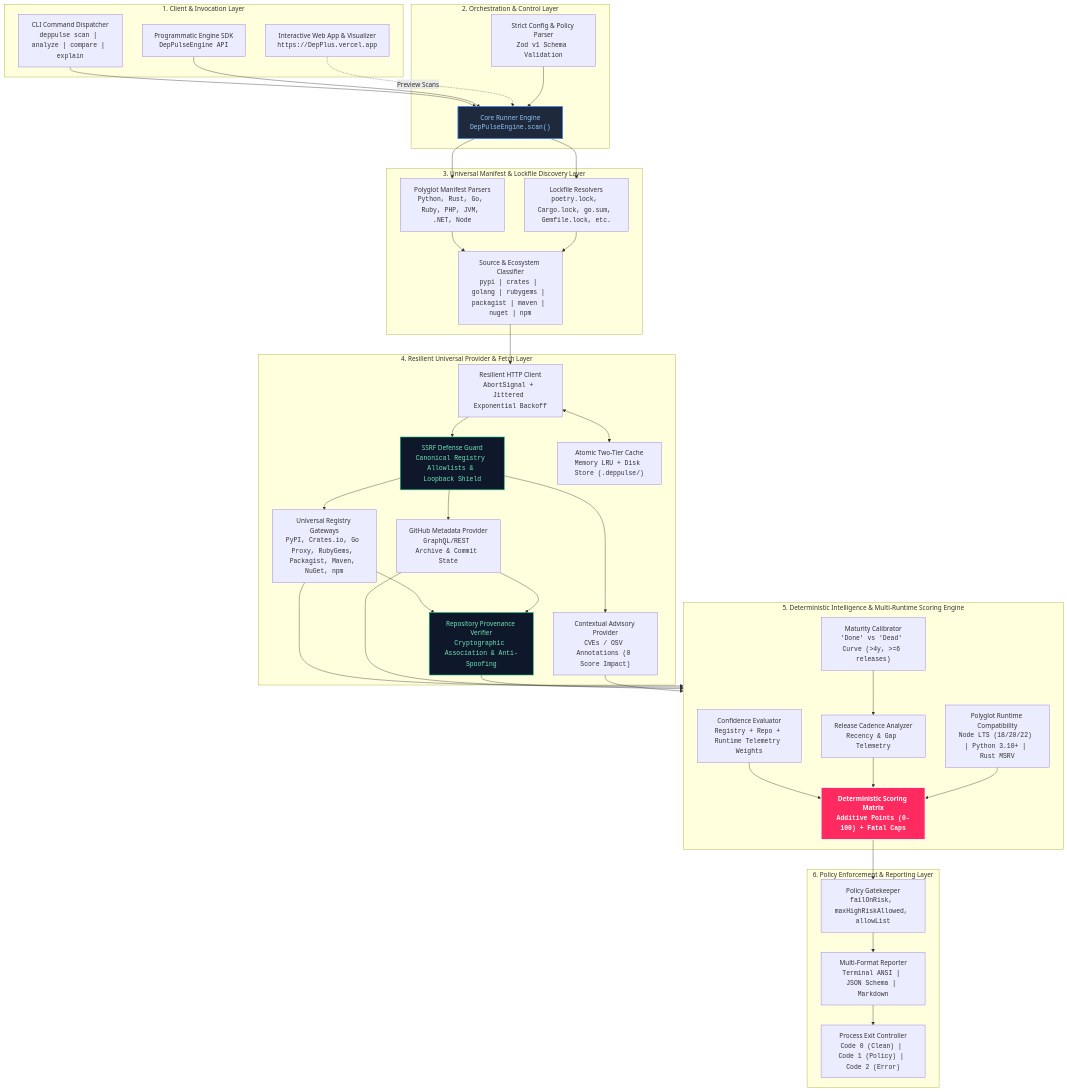
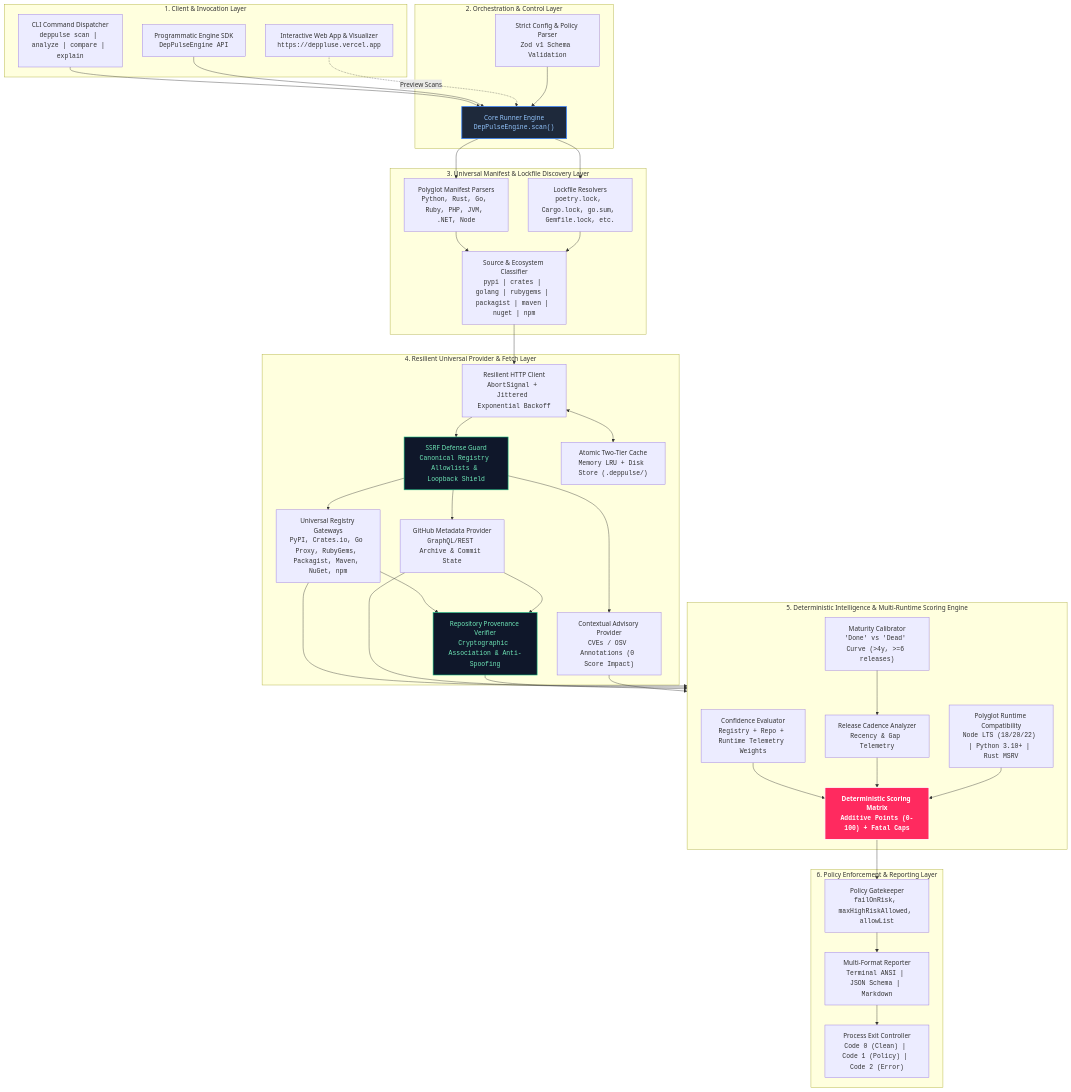
One commit to arnnnnaaavvvvv/DepPluse changed the first of 5 diagrams in README.md. Above: the diagram before and after it, drawn with Mermaid. The commit also changed other lines of this file and 1 other file, not shown here.

Commit message:
docs: update all production Vercel links to https://deppluse.vercel.app

```diff
--- a/README.md
+++ b/README.md
@@ -332,7 +332,7 @@
     subgraph ClientLayer["1. Client & Invocation Layer"]
         CLI["CLI Command Dispatcher<br/><code>deppulse scan | analyze | compare | explain</code>"]
         API["Programmatic Engine SDK<br/><code>DepPulseEngine API</code>"]
-        WEB["Interactive Web App & Visualizer<br/><code>https://DepPlus.vercel.app</code>"]
+        WEB["Interactive Web App & Visualizer<br/><code>https://deppluse.vercel.app</code>"]
     end
 
     subgraph EntryPoint["2. Orchestration & Control Layer"]
```
